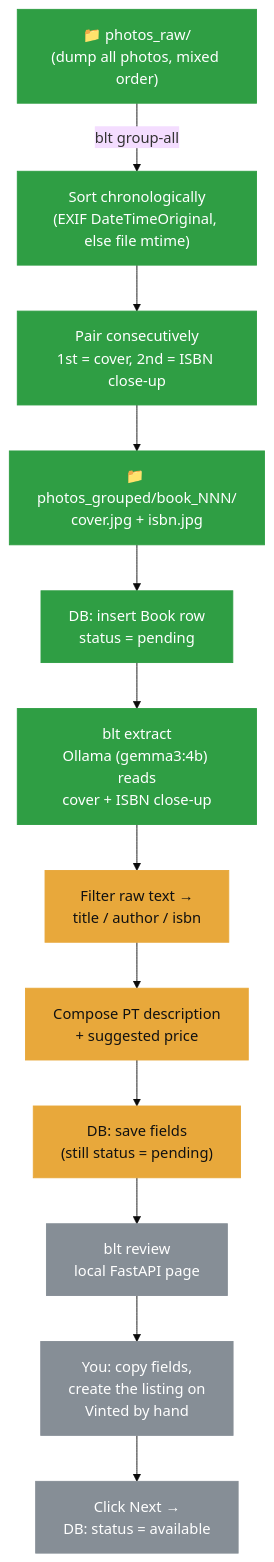
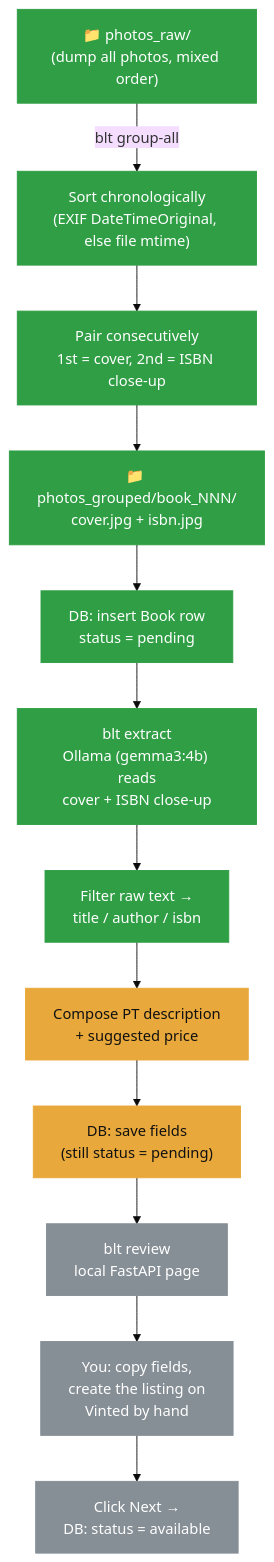
The diagram in README.md (gab-es21/book-listing-automation), drawn with Mermaid (base theme) before and after one commit. The commit also changed other lines of this file and 4 other files, not shown here.

````diff
--- a/README.md
+++ b/README.md
@@ -13,24 +13,25 @@
 ```mermaid
 flowchart TD
     A["📁 photos_raw/\n(dump all photos, mixed order)"] -->|"blt group-all"| B["Sort chronologically\n(EXIF DateTimeOriginal, else file mtime)"]
     B --> C["Pair consecutively\n1st = cover, 2nd = ISBN close-up"]
     C --> D["📁 photos_grouped/book_NNN/\ncover.jpg + isbn.jpg"]
     D --> E["DB: insert Book row\nstatus = pending"]
 
     E --> F["blt extract\nOllama (gemma3:4b) reads\ncover + ISBN close-up"]
     F --> G["Filter raw text →\ntitle / author / isbn"]
     G --> H["Compose PT description\n+ suggested price"]
     H --> I["DB: save fields\n(still status = pending)"]
 
     I --> J["blt review\nlocal FastAPI page"]
     J --> K["You: copy fields,\ncreate the listing on\nVinted by hand"]
     K --> L["Click Next →\nDB: status = available"]
 
     class A,B,C,D,E,F done
-    class G,H,I building
+    class G done
+    class H,I building
     class J,K,L todo
 
     classDef done fill:#2f9e44,color:#fff,stroke:#2f9e44
     classDef building fill:#e8a83b,color:#111,stroke:#e8a83b
     classDef todo fill:#868e96,color:#fff,stroke:#868e96
 ```
````
